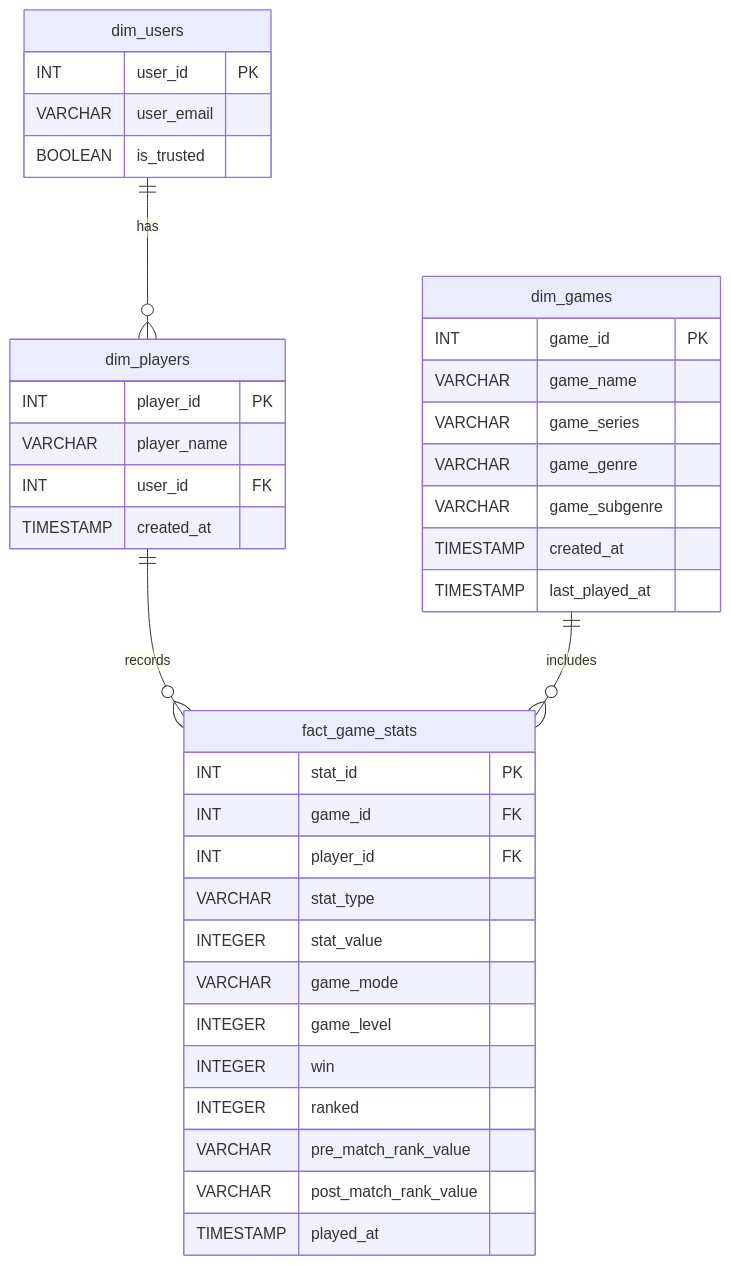
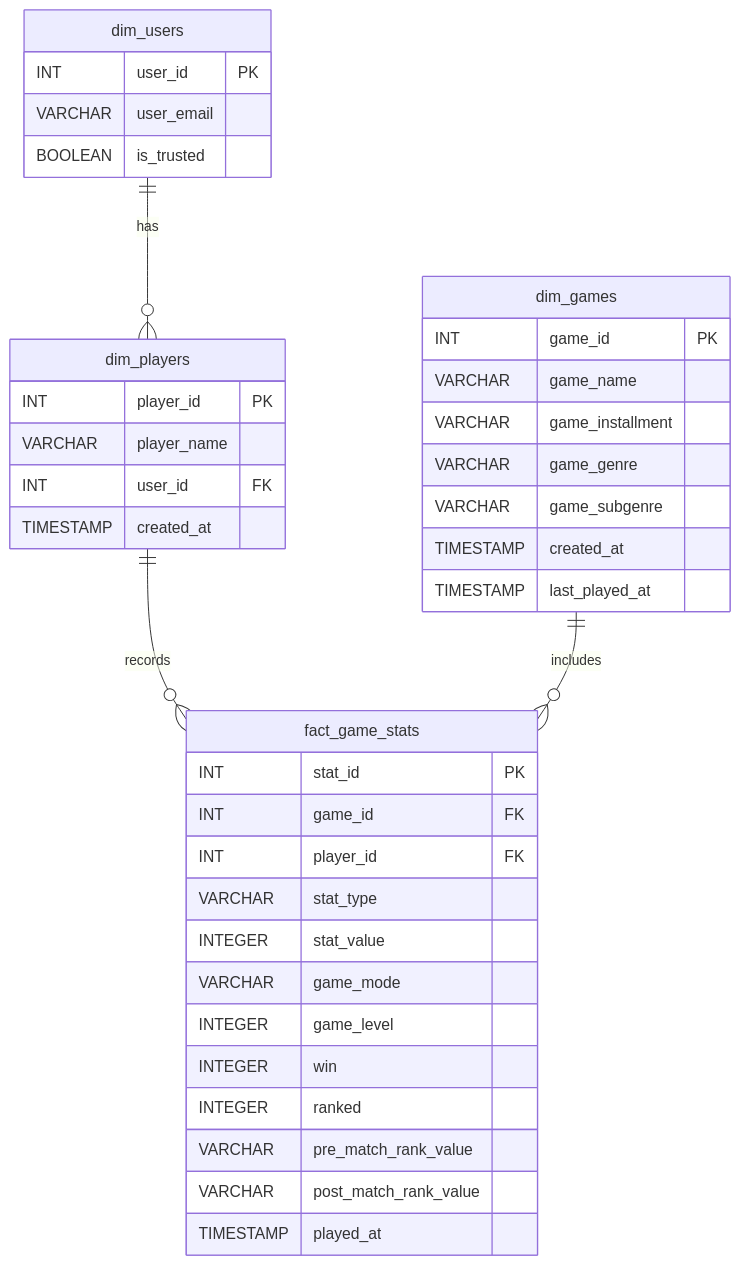
Before and after one commit to bking2415/Video_Game_Stats_Tracker: the diagram in README.md, drawn with Mermaid.

Commit message:
Rename 'game_series' to 'game_installment'

````diff
--- a/README.md
+++ b/README.md
@@ -161,44 +161,44 @@
 ```mermaid
 erDiagram
     dim_users {
         INT user_id PK
         VARCHAR user_email
         BOOLEAN is_trusted
     }
 
     dim_players {
         INT player_id PK
         VARCHAR player_name
         INT user_id FK
         TIMESTAMP created_at
     }
 
     dim_games {
         INT game_id PK
         VARCHAR game_name
-        VARCHAR game_series
+        VARCHAR game_installment
         VARCHAR game_genre
         VARCHAR game_subgenre
         TIMESTAMP created_at
         TIMESTAMP last_played_at
     }
 
     fact_game_stats {
         INT stat_id PK
         INT game_id FK
         INT player_id FK
         VARCHAR stat_type
         INTEGER stat_value
         VARCHAR game_mode
         INTEGER game_level
         INTEGER win
         INTEGER ranked
         VARCHAR pre_match_rank_value
         VARCHAR post_match_rank_value
         TIMESTAMP played_at
     }
 
     dim_users ||--o{ dim_players : "has"
     dim_players ||--o{ fact_game_stats : "records"
     dim_games ||--o{ fact_game_stats : "includes"
 ```
````
